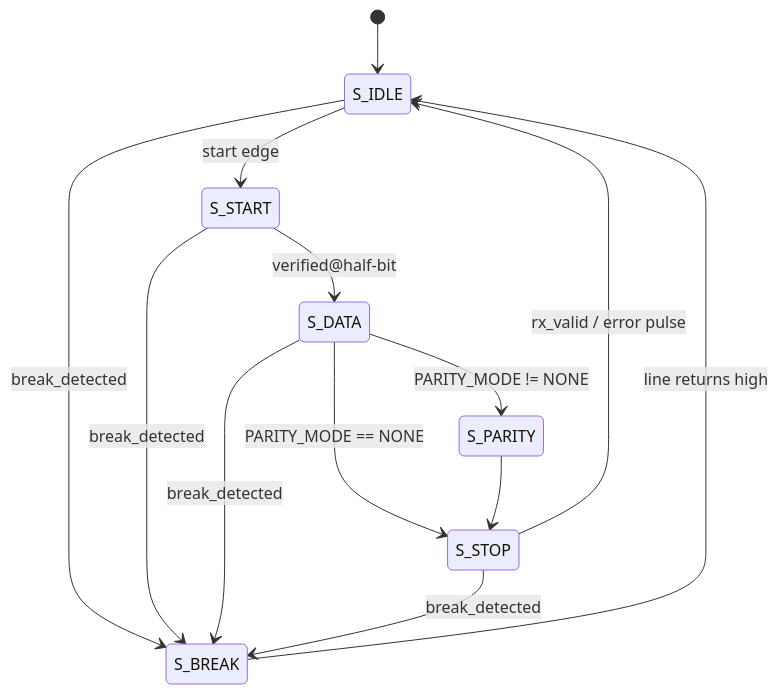
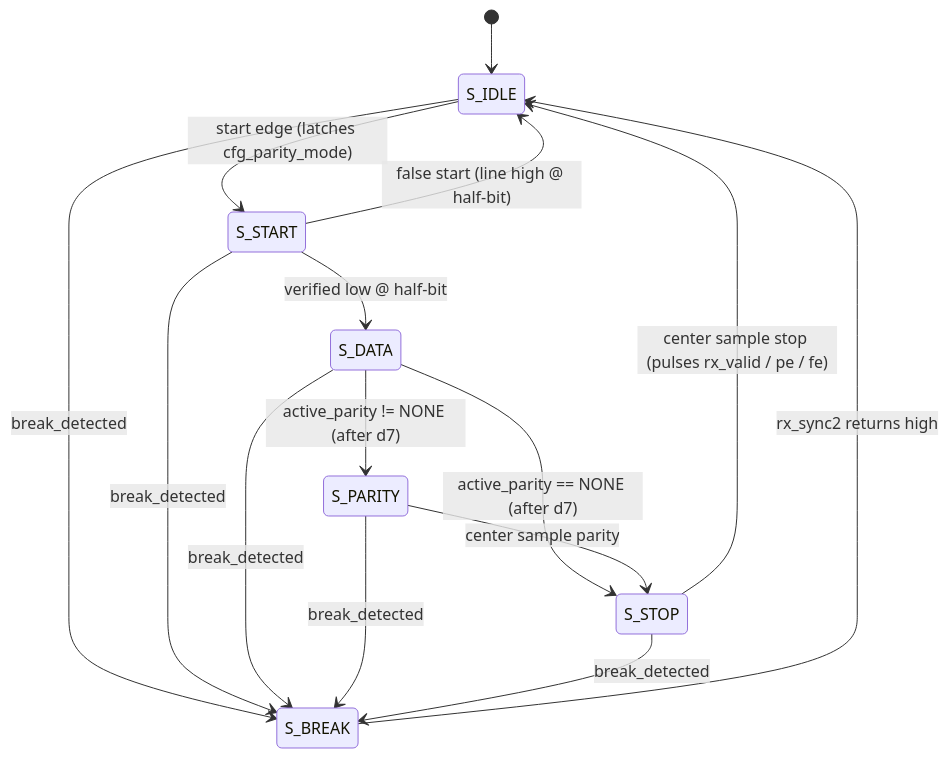
The fourth of 5 diagrams in README.md (TharinduHimantha/8-bit-UART-Communication-System-in-Verilog-HDL), drawn with Mermaid before and after one commit. The commit also changed other lines of this file and 54 other files, not shown here.

````diff
--- a/README.md
+++ b/README.md
@@ -233,15 +253,17 @@
 ```mermaid
 stateDiagram-v2
     [*] --> S_IDLE
-    S_IDLE --> S_START: start edge
-    S_START --> S_DATA: verified@half-bit
-    S_DATA --> S_PARITY: PARITY_MODE != NONE
-    S_DATA --> S_STOP: PARITY_MODE == NONE
-    S_PARITY --> S_STOP
-    S_STOP --> S_IDLE: rx_valid / error pulse
+    S_IDLE --> S_START: start edge (latches cfg_parity_mode)
+    S_START --> S_DATA: verified low @ half-bit
+    S_START --> S_IDLE: false start (line high @ half-bit)
+    S_DATA --> S_PARITY: active_parity != NONE (after d7)
+    S_DATA --> S_STOP: active_parity == NONE (after d7)
+    S_PARITY --> S_STOP: center sample parity
+    S_STOP --> S_IDLE: center sample stop (pulses rx_valid / pe / fe)
     S_IDLE --> S_BREAK: break_detected
     S_START --> S_BREAK: break_detected
     S_DATA --> S_BREAK: break_detected
+    S_PARITY --> S_BREAK: break_detected
     S_STOP --> S_BREAK: break_detected
-    S_BREAK --> S_IDLE: line returns high
+    S_BREAK --> S_IDLE: rx_sync2 returns high
 ```
````
